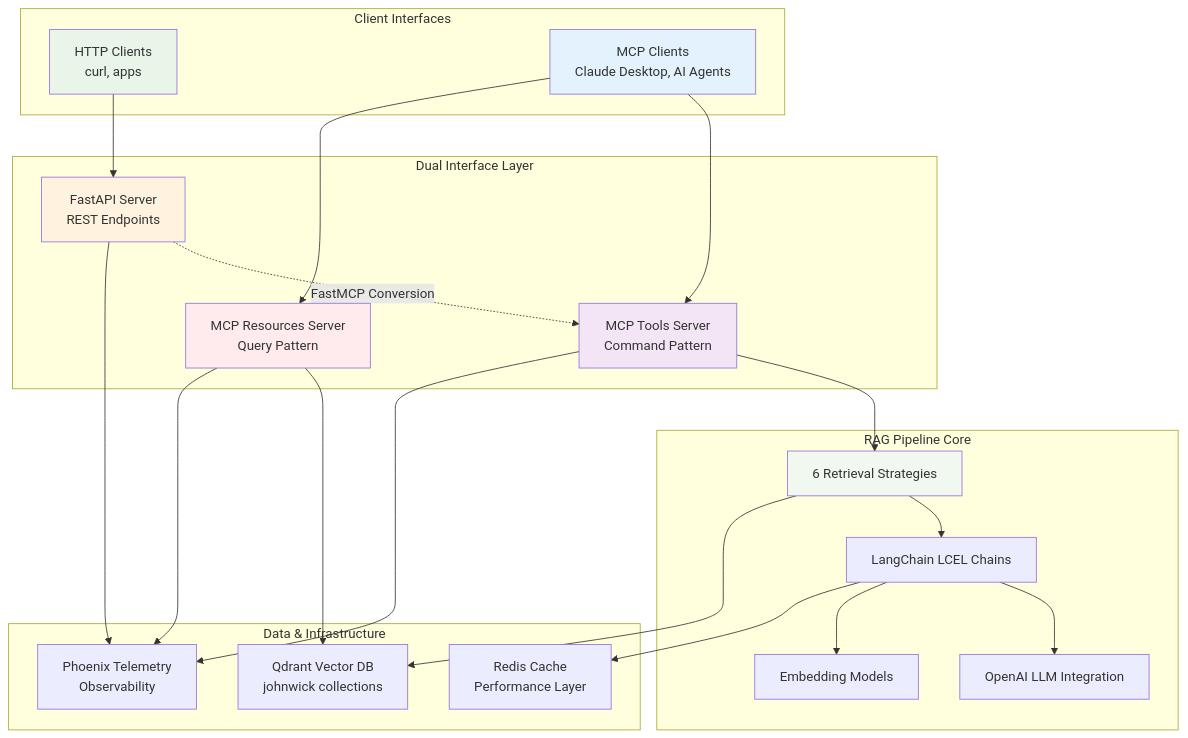
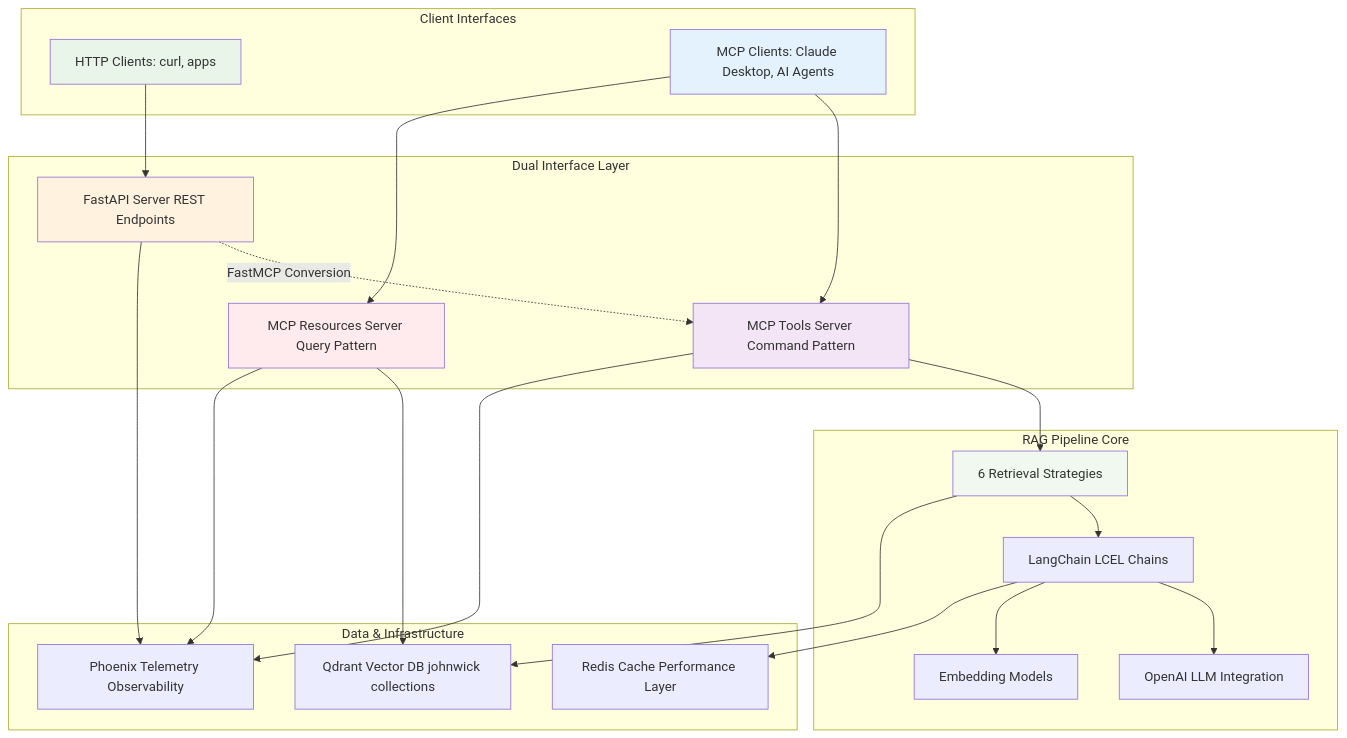
One commit to donbr/adv-rag changed the fifth of 7 diagrams in README.md. Above: the diagram before and after it, drawn with Mermaid. The commit also changed other lines of this file, not shown here.

Commit message:
diagram fixes

````diff
--- a/README.md
+++ b/README.md
@@ -374,50 +374,50 @@
 ```mermaid
 graph TB
-    subgraph "Client Interfaces"
-        A[HTTP Clients<br/>curl, apps]
-        B[MCP Clients<br/>Claude Desktop, AI Agents]
+    subgraph Clients ["Client Interfaces"]
+        A[HTTP Clients: curl, apps]
+        B[MCP Clients: Claude Desktop, AI Agents]
     end
     
-    subgraph "Dual Interface Layer"
-        C[FastAPI Server<br/>REST Endpoints]
-        D[MCP Tools Server<br/>Command Pattern]
-        E[MCP Resources Server<br/>Query Pattern]
+    subgraph Interface ["Dual Interface Layer"]
+        C[FastAPI Server REST Endpoints]
+        D[MCP Tools Server Command Pattern]
+        E[MCP Resources Server Query Pattern]
     end
     
-    subgraph "RAG Pipeline Core"
+    subgraph Pipeline ["RAG Pipeline Core"]
         F[6 Retrieval Strategies]
         G[LangChain LCEL Chains]
         H[OpenAI LLM Integration]
         I[Embedding Models]
     end
     
-    subgraph "Data & Infrastructure"
-        J[Qdrant Vector DB<br/>johnwick collections]
-        K[Redis Cache<br/>Performance Layer]
-        L[Phoenix Telemetry<br/>Observability]
+    subgraph Infrastructure ["Data & Infrastructure"]
+        J[Qdrant Vector DB johnwick collections]
+        K[Redis Cache Performance Layer]
+        L[Phoenix Telemetry Observability]
     end
     
     A --> C
     B --> D
     B --> E
     C -.->|FastMCP Conversion| D
     
     D --> F
     E --> J
     F --> G
     G --> H
     G --> I
     F --> J
     
     G --> K
     C --> L
     D --> L
     E --> L
     
     style A fill:#e8f5e8
     style B fill:#e3f2fd
     style C fill:#fff3e0
     style D fill:#f3e5f5
     style E fill:#ffebee
     style F fill:#f0f8f0
 ```
````
